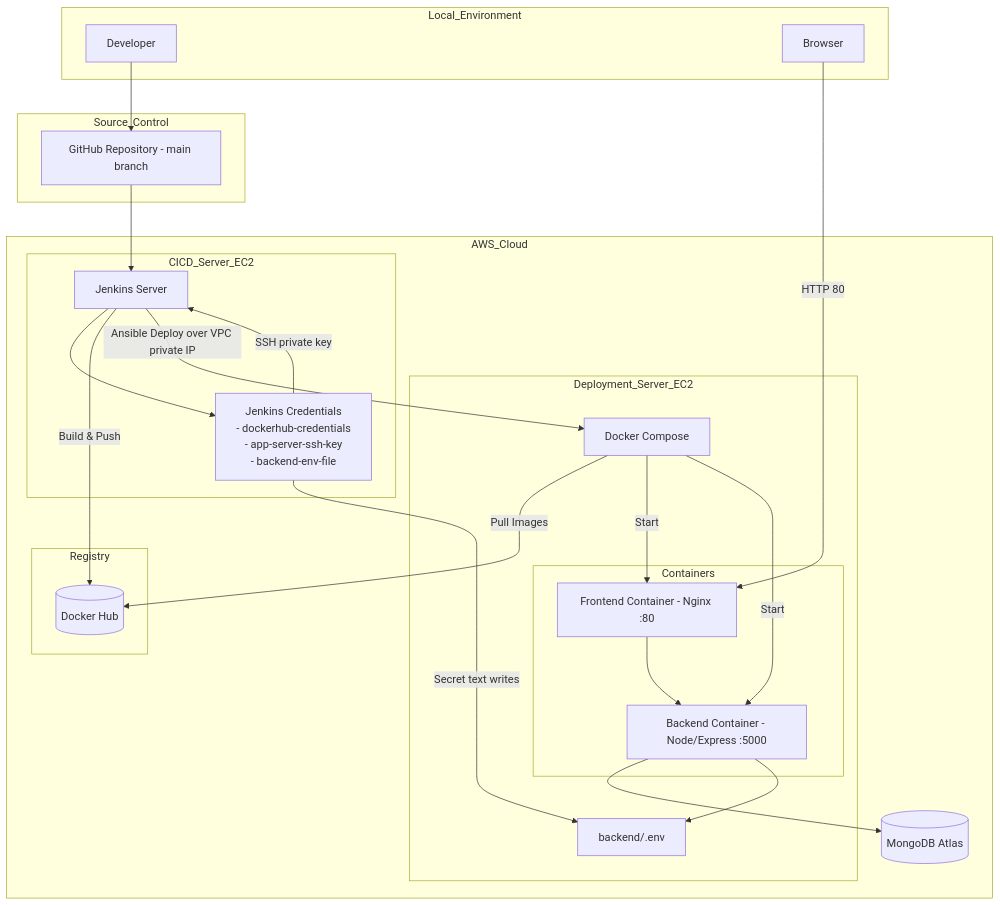
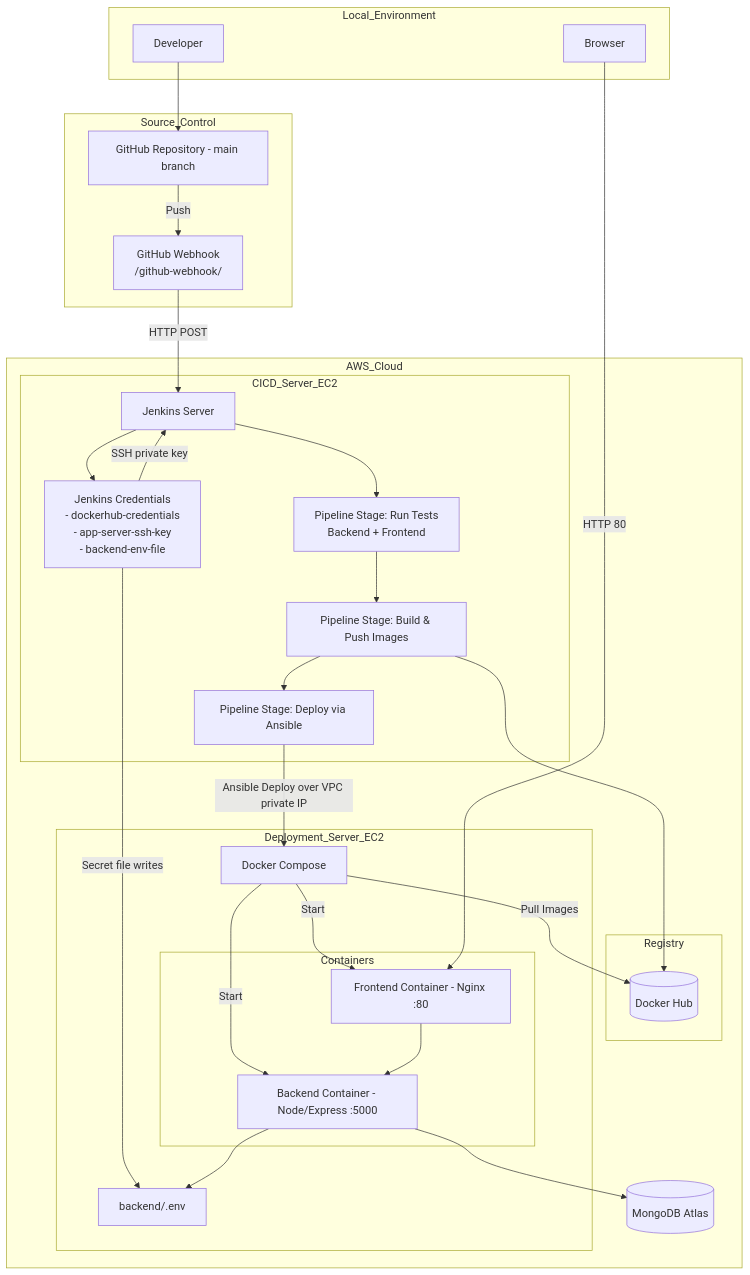
One commit to SahanjithD/Draftly changed the diagram in README.md. Above: the diagram before and after it, drawn with Mermaid. The commit also changed other lines of this file and 1 other file, not shown here.

````diff
--- a/README.md
+++ b/README.md
@@ -133,54 +133,62 @@
 ```mermaid
 graph TD
     subgraph Local_Environment
         Dev[Developer]
         LocalBrowser[Browser]
     end
 
     subgraph Source_Control
         GitHub["GitHub Repository - main branch"]
+        GHWebhook["GitHub Webhook\n/github-webhook/"]
     end
 
     subgraph AWS_Cloud
 
         subgraph CICD_Server_EC2
             Jenkins[Jenkins Server]
+            RunTests["Pipeline Stage: Run Tests\nBackend + Frontend"]
+            BuildPush["Pipeline Stage: Build & Push Images"]
+            DeployStage["Pipeline Stage: Deploy via Ansible"]
             JCreds[Jenkins Credentials\n- dockerhub-credentials\n- app-server-ssh-key\n- backend-env-file]
         end
 
         subgraph Registry
             DockerHub[(Docker Hub)]
         end
 
         subgraph Deployment_Server_EC2
             DockerCompose[Docker Compose]
 
             subgraph Containers
                 Frontend["Frontend Container - Nginx :80"]
                 Backend["Backend Container - Node/Express :5000"]
             end
 
             BackendEnv["backend/.env"]
         end
 
         Database[(MongoDB Atlas)]
     end
 
     Dev --> GitHub
-    GitHub --> Jenkins
+    GitHub -- Push --> GHWebhook
+    GHWebhook -- HTTP POST --> Jenkins
     Jenkins --> JCreds
+    Jenkins --> RunTests
+    RunTests --> BuildPush
+    BuildPush --> DeployStage
 
-    Jenkins -- Build & Push --> DockerHub
-    Jenkins -- Ansible Deploy over VPC private IP --> DockerCompose
+    BuildPush --> DockerHub
+    DeployStage -- Ansible Deploy over VPC private IP --> DockerCompose
     JCreds -- SSH private key --> Jenkins
-    JCreds -- Secret text writes --> BackendEnv
+    JCreds -- Secret file writes --> BackendEnv
 
     DockerCompose -- Pull Images --> DockerHub
     DockerCompose -- Start --> Frontend
     DockerCompose -- Start --> Backend
 
     LocalBrowser -- HTTP 80 --> Frontend
     Frontend --> Backend
     Backend --> Database
     Backend --> BackendEnv
 ```
````
